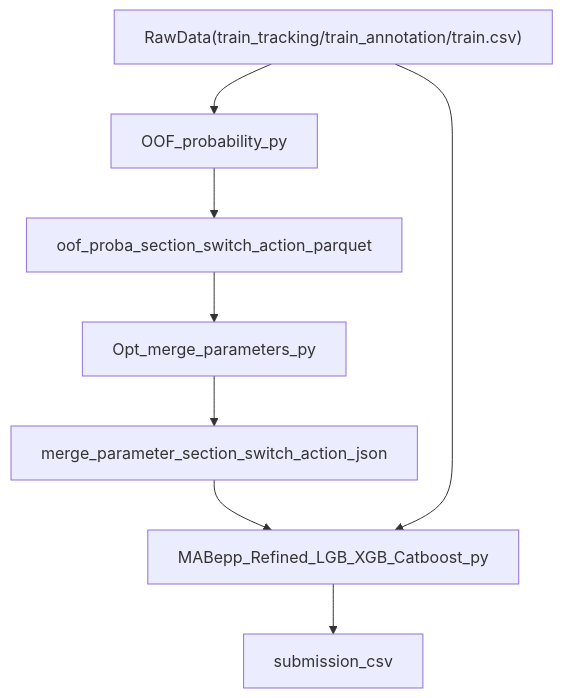
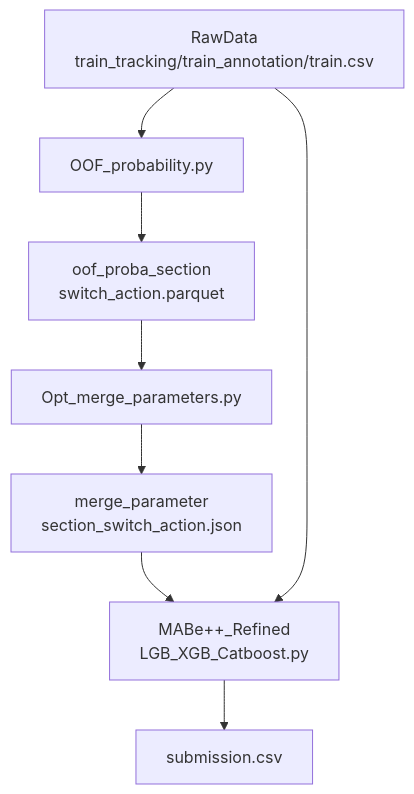
One commit to BioConvolutionyt/Award-winning-solution-for-the-MABe-Challenge---Social-Action-Recognition-in-Mice changed the diagram in README.md. Above: the diagram before and after it, drawn with Mermaid. The commit also changed other lines of this file, not shown here.

````diff
--- a/README.md
+++ b/README.md
@@ -87,10 +87,10 @@
 ```mermaid
 flowchart TD
-  rawData["RawData(train_tracking/train_annotation/train.csv)"] --> oof["OOF_probability_py"]
-  oof --> oofFiles["oof_proba_section_switch_action_parquet"]
-  oofFiles --> opt["Opt_merge_parameters_py"]
-  opt --> params["merge_parameter_section_switch_action_json"]
-  params --> infer["MABepp_Refined_LGB_XGB_Catboost_py"]
+  rawData["RawData<br/>train_tracking/train_annotation/train.csv"] --> oof["OOF_probability.py"]
+  oof --> oofFiles["oof_proba_section<br/>switch_action.parquet"]
+  oofFiles --> opt["Opt_merge_parameters.py"]
+  opt --> params["merge_parameter<br/>section_switch_action.json"]
+  params --> infer["MABe++_Refined<br/>LGB_XGB_Catboost.py"]
   rawData --> infer
-  infer --> sub["submission_csv"]
+  infer --> sub["submission.csv"]
 ```
````
